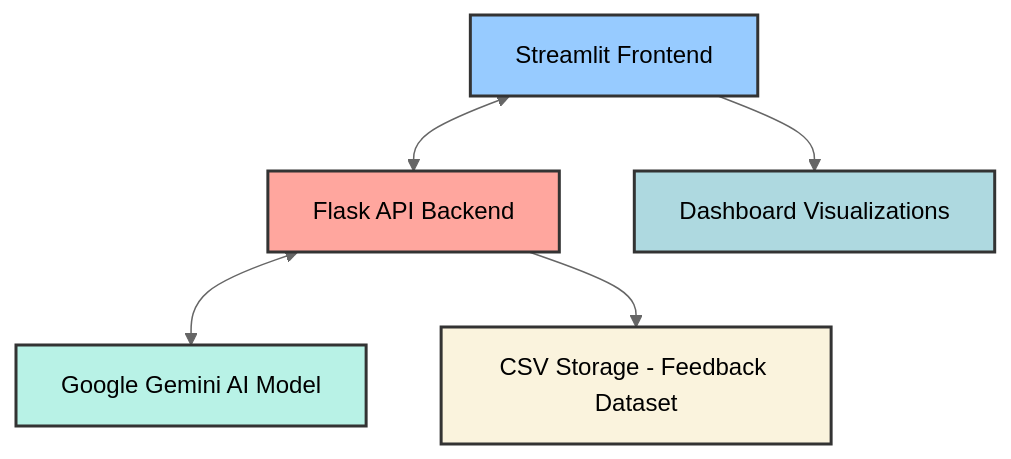
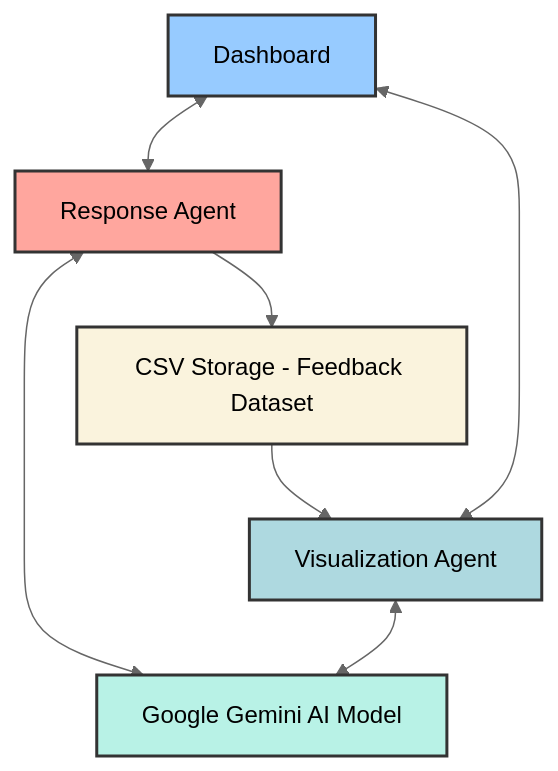
One commit to SahanUday/steamnoodles-feedback-agent-Sahan_Udayanga changed the diagram in README.md. Above: the diagram before and after it, drawn with Mermaid (neutral theme). The commit also changed other lines of this file, not shown here.

````diff
--- a/README.md
+++ b/README.md
@@ -40,12 +40,14 @@
 ```mermaid
 graph TD
-    A[Streamlit Frontend] <--> B[Flask API Backend]
+    A[Dashboard] <--> B[Response Agent]
     B <--> C[Google Gemini AI Model]
-    A --> D[Dashboard Visualizations]
+    A <--> D[Visualization Agent]
     B --> E[CSV Storage - Feedback Dataset]
+    E --> D
+    D <--> C
     style A fill:#97CBFF,stroke:#333,stroke-width:2px
     style B fill:#FFA69E,stroke:#333,stroke-width:2px
     style C fill:#B8F2E6,stroke:#333,stroke-width:2px
     style D fill:#AED9E0,stroke:#333,stroke-width:2px
     style E fill:#FAF3DD,stroke:#333,stroke-width:2px
 ```
````
